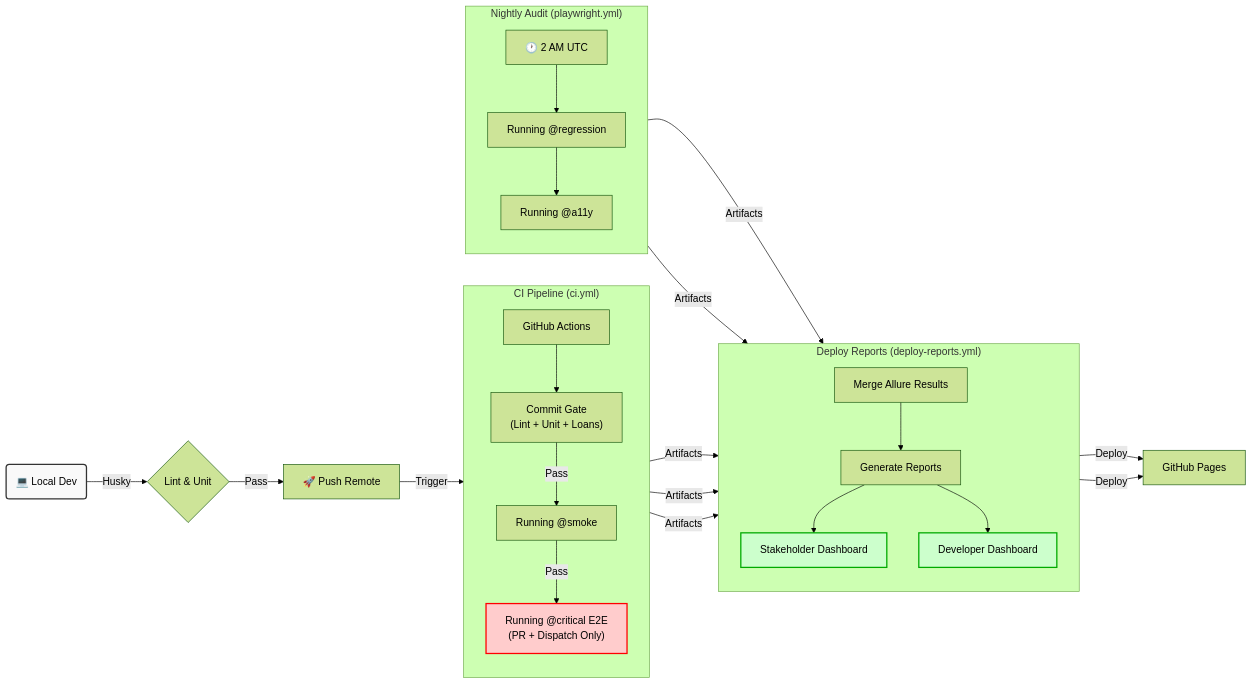
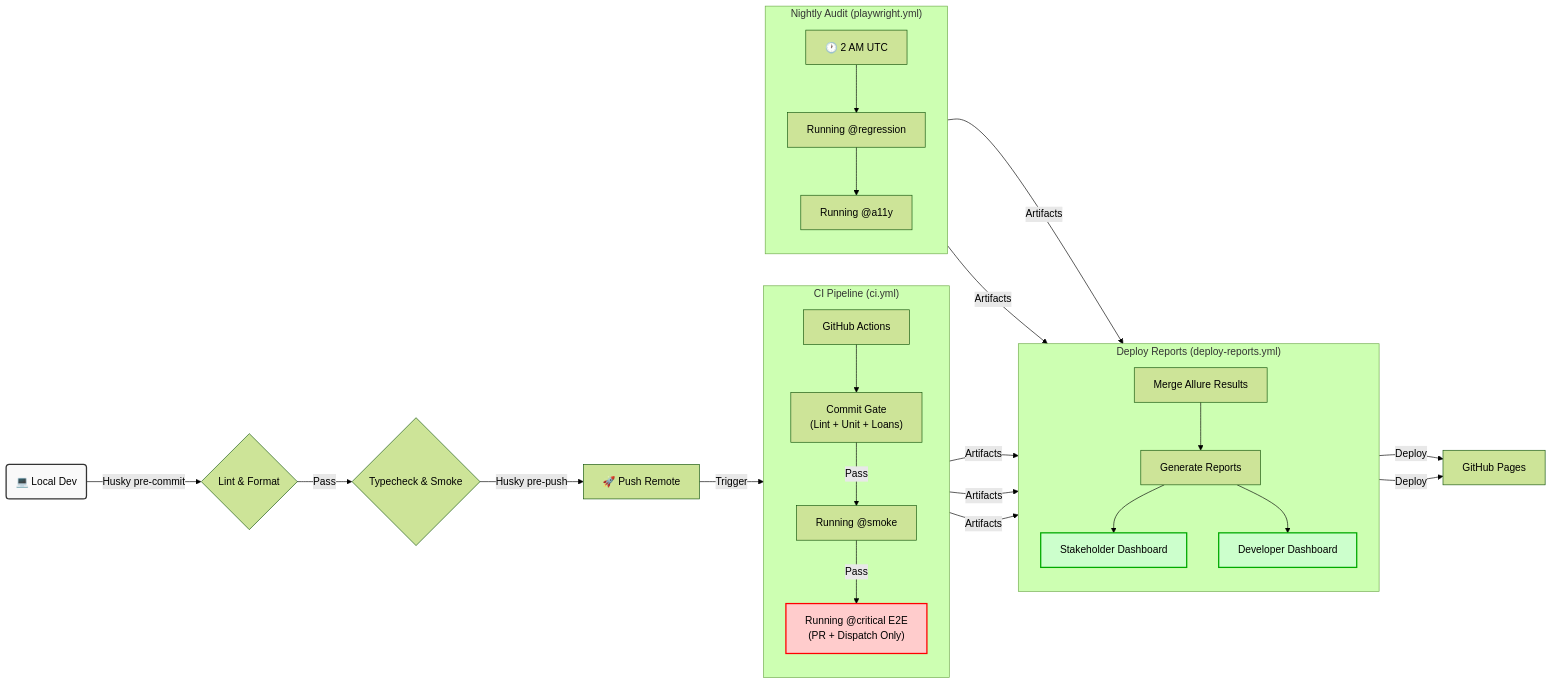
One commit to theRainMaker1001/QA-Automation-Suites changed the second of 2 diagrams in docs/TECHNICAL-DESIGN.MD. Above: the diagram before and after it, drawn with Mermaid (forest theme). The commit also changed other lines of this file and 4 other files, not shown here.

````diff
--- a/docs/TECHNICAL-DESIGN.MD
+++ b/docs/TECHNICAL-DESIGN.MD
@@ -136,39 +137,40 @@
 ```mermaid
 graph LR
-    Local(💻 Local Dev) -->|Husky| Gate1{Lint & Unit}
-    Gate1 -->|Pass| Push[🚀 Push Remote]
+    Local(💻 Local Dev) -->|Husky pre-commit| Gate1{Lint & Format}
+    Gate1 -->|Pass| Gate2{Typecheck & Smoke}
+    Gate2 -->|Husky pre-push| Push[🚀 Push Remote]
     Push -->|Trigger| CI[GitHub Actions]
 
     subgraph "CI Pipeline (ci.yml)"
     direction TB
     CI --> CommitGate["Commit Gate<br/>(Lint + Unit + Loans)"]
     CommitGate -->|Pass| Smoke[Running @smoke]
     Smoke -->|Pass| Critical["Running @critical E2E<br/>(PR + Dispatch Only)"]
     end
 
     subgraph "Nightly Audit (playwright.yml)"
     direction TB
     Nightly[🕐 2 AM UTC] --> Regression[Running @regression]
     Regression --> A11y[Running @a11y]
     end
 
     subgraph "Deploy Reports (deploy-reports.yml)"
     direction TB
     Merge[Merge Allure Results] --> Generate[Generate Reports]
     Generate --> Stakeholder[Stakeholder Dashboard]
     Generate --> Allure[Developer Dashboard]
     end
 
     CommitGate -->|Artifacts| Merge
     Smoke -->|Artifacts| Merge
     Critical -->|Artifacts| Merge
     Regression -->|Artifacts| Merge
     A11y -->|Artifacts| Merge
     Stakeholder -->|Deploy| Pages[GitHub Pages]
     Allure -->|Deploy| Pages
 
     style Local fill:#f9f9f9,stroke:#333,stroke-width:2px,color:black
     style Critical fill:#ffcccc,stroke:#ff0000,stroke-width:2px,color:black
     style Stakeholder fill:#ccffcc,stroke:#00aa00,stroke-width:2px,color:black
     style Allure fill:#ccffcc,stroke:#00aa00,stroke-width:2px,color:black
 ```
````
